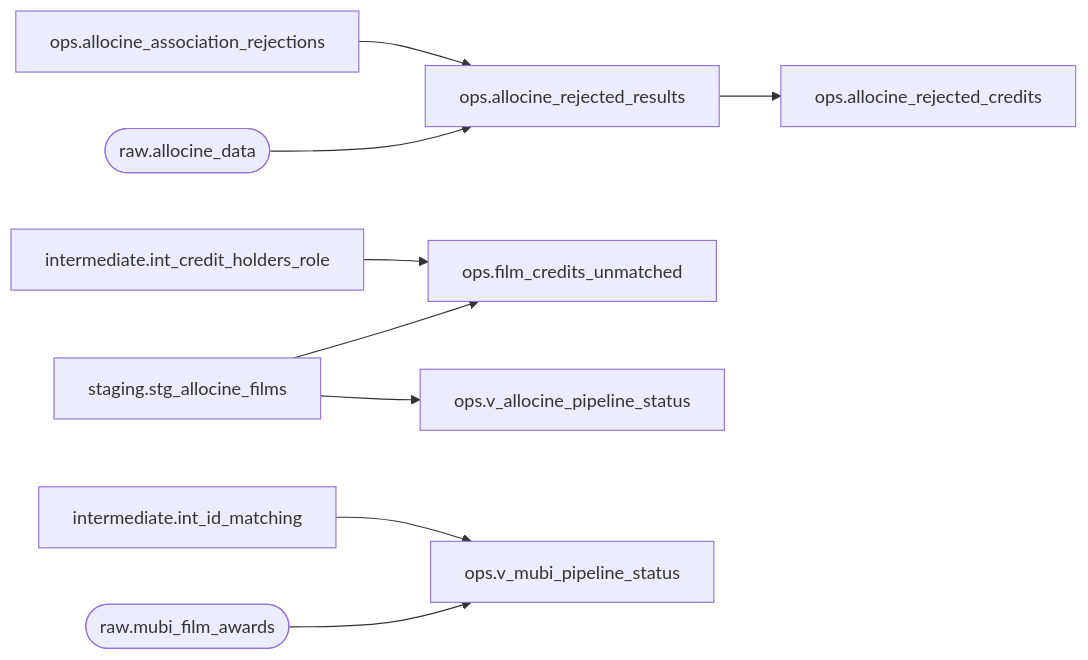
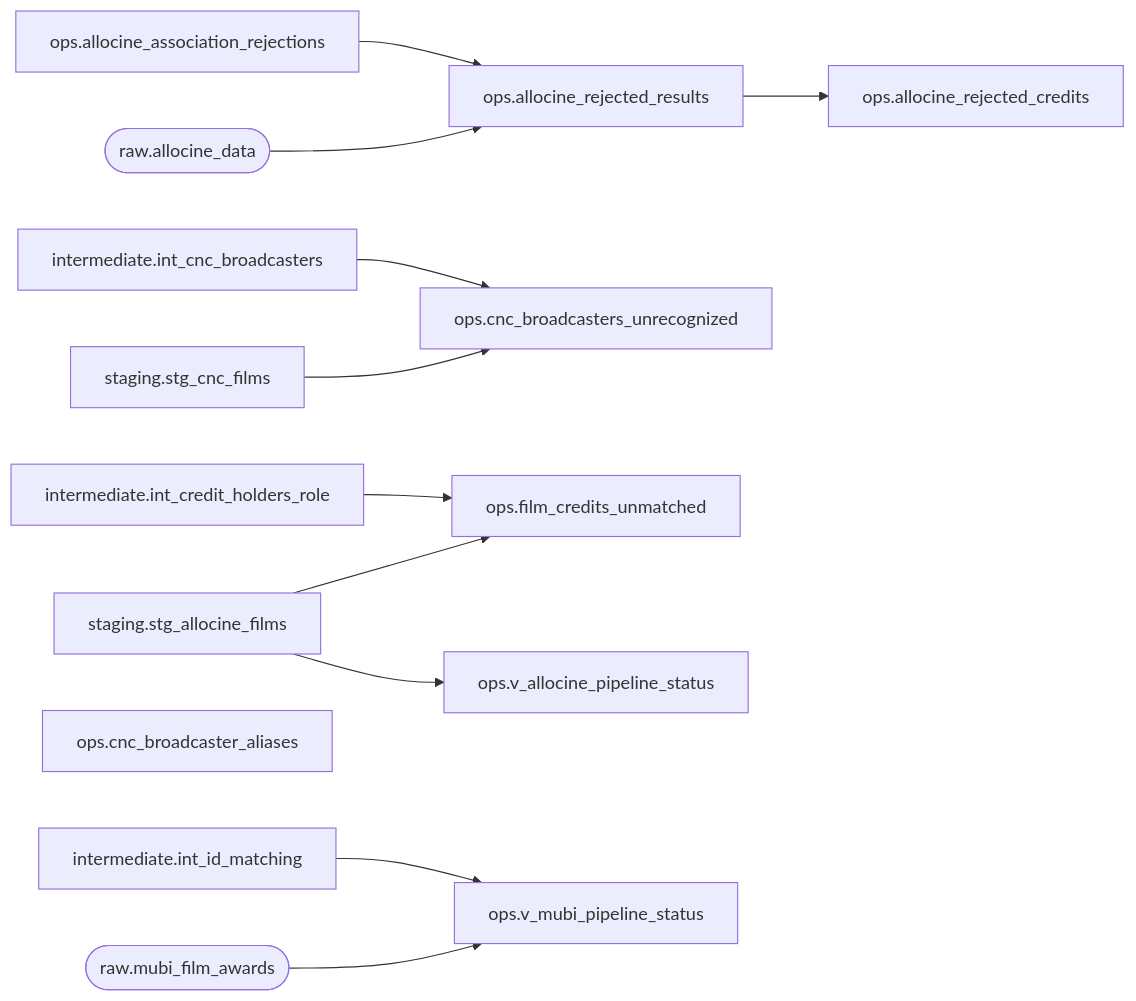
Before and after one commit to Le-Collectif-50-50/cinestats-5050: the fourth of 5 diagrams in docs/dbt-lineage.md, drawn with Mermaid. The commit also changed other lines of this file, not shown here.

````diff
--- a/docs/dbt-lineage.md
+++ b/docs/dbt-lineage.md
@@ -302,22 +315,28 @@
 ```mermaid
 flowchart LR
   n0["ops.allocine_rejected_credits"]
   n1["ops.allocine_rejected_results"]
-  n2["ops.film_credits_unmatched"]
-  n14["intermediate.int_credit_holders_role"]
-  n27["intermediate.int_id_matching"]
-  n30["staging.stg_allocine_films"]
-  n46["ops.v_allocine_pipeline_status"]
-  n47["ops.v_mubi_pipeline_status"]
-  n48["ops.allocine_association_rejections"]
-  n50(["raw.allocine_data"])
-  n64(["raw.mubi_film_awards"])
+  n2["ops.cnc_broadcasters_unrecognized"]
+  n3["ops.film_credits_unmatched"]
+  n13["intermediate.int_cnc_broadcasters"]
+  n16["intermediate.int_credit_holders_role"]
+  n29["intermediate.int_id_matching"]
+  n32["staging.stg_allocine_films"]
+  n33["staging.stg_cnc_films"]
+  n48["ops.v_allocine_pipeline_status"]
+  n49["ops.v_mubi_pipeline_status"]
+  n50["ops.allocine_association_rejections"]
+  n51["ops.cnc_broadcaster_aliases"]
+  n53(["raw.allocine_data"])
+  n67(["raw.mubi_film_awards"])
   n1 --> n0
-  n14 --> n2
-  n27 --> n47
-  n30 --> n2
-  n30 --> n46
-  n48 --> n1
+  n13 --> n2
+  n16 --> n3
+  n29 --> n49
+  n32 --> n3
+  n32 --> n48
+  n33 --> n2
   n50 --> n1
-  n64 --> n47
+  n53 --> n1
+  n67 --> n49
 ```
````
